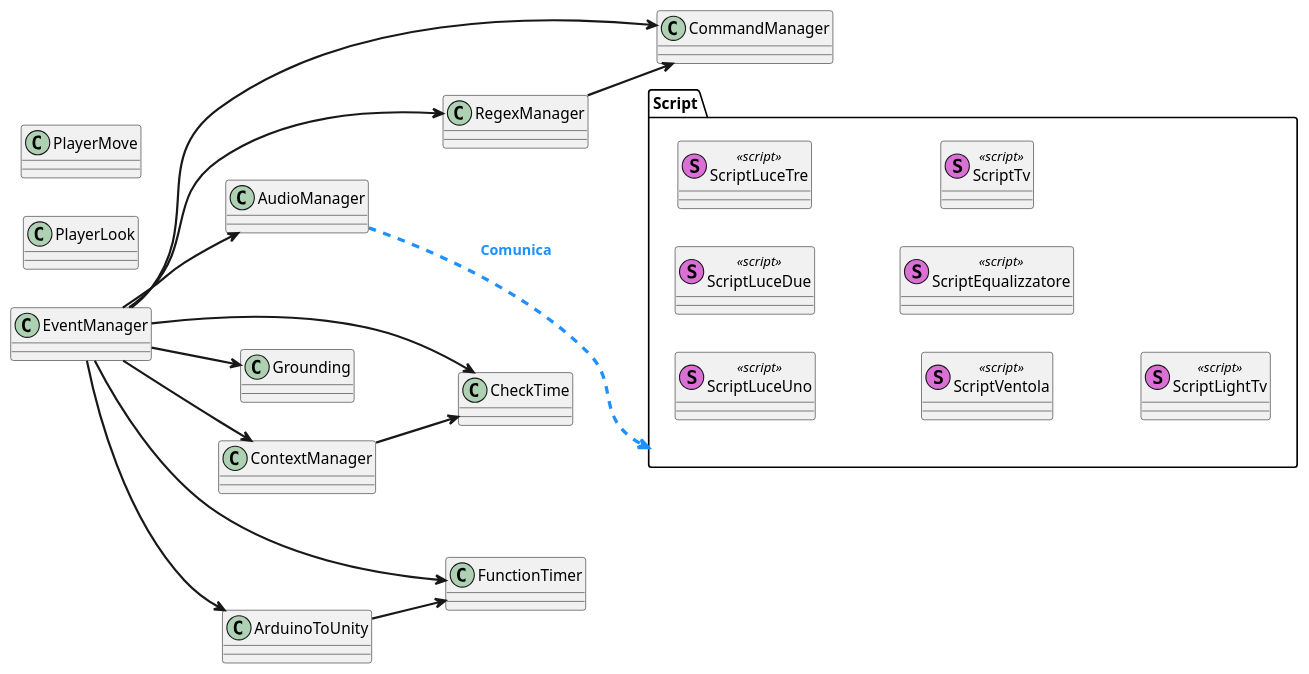
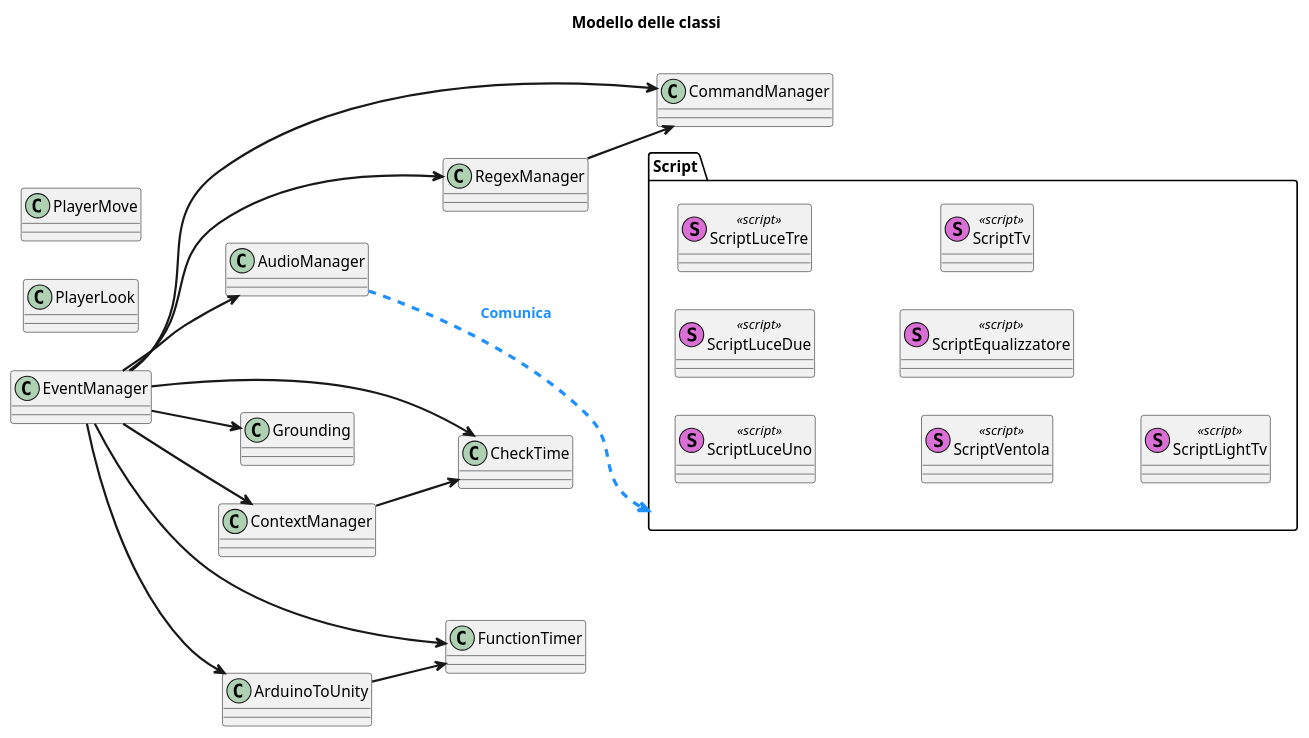
One commit to Andribi/AmbrogioDiagrams changed the diagram in ModelloClassi.puml. Above: the diagram before and after it, drawn with PlantUML.

Commit message:
modello delle classi

```diff
--- a/ModelloClassi.puml
+++ b/ModelloClassi.puml
@@ -1,41 +1,41 @@
 @startuml
-
+Title Modello delle classi\n
 left to right direction
 
 class "EventManager" as em
 class "RegexManager" as rm
 class "CommandManager" as cmdm
 class "AudioManager" as am
 
 class "ArduinoToUnity" as atu
 class "Grounding" as g
 class "ContextManager" as cxm
 
 class "CheckTime" as ct
 class "FunctionTimer" as ft
 class "PlayerLook" as pl
 class "PlayerMove" as pm
 
 Package Script{
 class ScriptLuceUno <<(S, orchid) script>>
 class ScriptLuceDue <<(S, orchid) script>>
 class ScriptLuceTre <<(S, orchid) script>>
 class ScriptVentola <<(S, orchid) script>>
 class ScriptEqualizzatore <<(S, orchid) script>>
 class ScriptTv <<(S, orchid) script>>
 class ScriptLightTv <<(S, orchid) script>>
 }
 
 em ---[thickness=2]> rm
 em --[thickness=2]> cxm
 em --[thickness=2]> g
 em --[thickness=2]> atu
 em --[thickness=2]> ct
 em ---[thickness=2]> ft
 em --[thickness=2]> cmdm
 em --[thickness=2]> am
 atu --[thickness=2]> ft
 cxm --[thickness=2]> ct
 rm --[thickness=2]> cmdm
 am ..[dashed,thickness=3].> Script #line:DodgerBlue;text:DodgerBlue :**Comunica**
 @enduml
```
